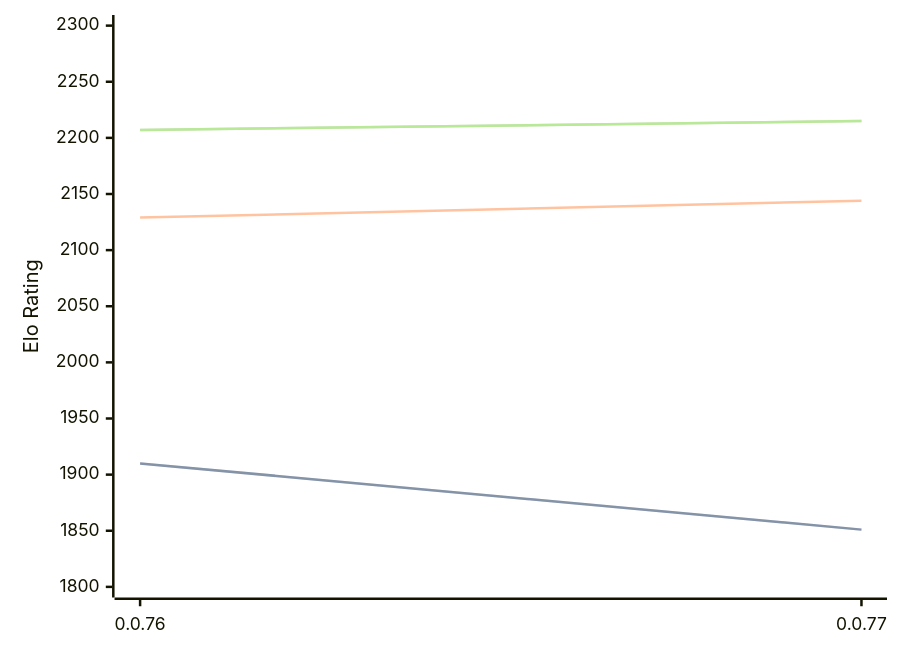
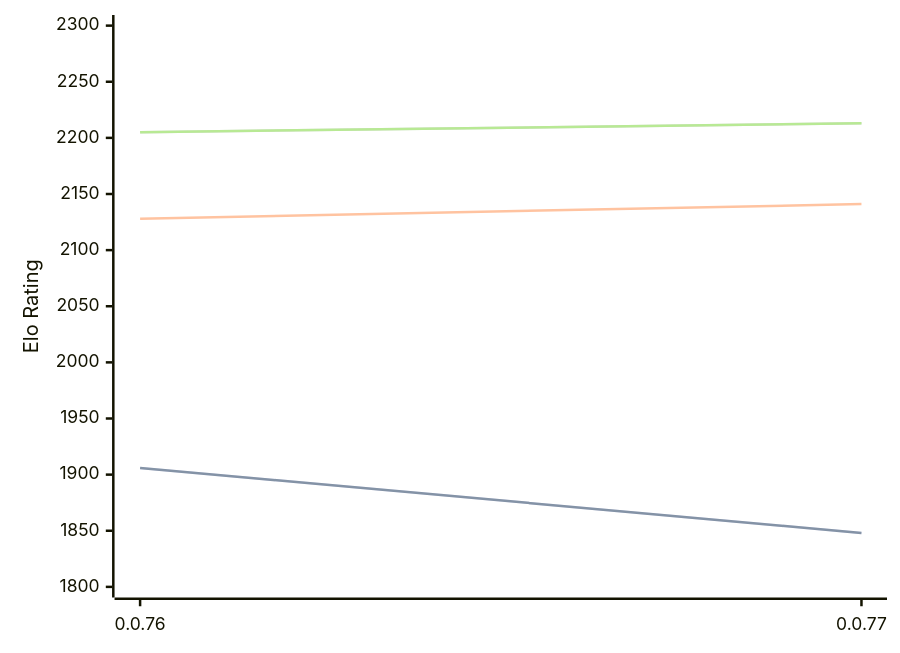
One commit to computer-chess-index/cci changed the diagram in engines/Fktb.md. Above: the diagram before and after it, drawn with Mermaid. The commit also changed other lines of this file, not shown here.

Commit message:
Update CCI Ratings (ELO VLTC) - 2026-06-08

````diff
--- a/engines/Fktb.md
+++ b/engines/Fktb.md
@@ -32,11 +32,11 @@
 ```mermaid
 %%{init: {"theme":"base","themeVariables":{"seriesColors:['#a3a3a3','#222221','#faa371']}}}%%
 xychart-beta
   x-axis ["0.0.76", "0.0.77"]
   y-axis "Elo Rating" 1800 --> 2300
-  line "STC (8.0+0.08s)" [1910, 1851]
-  line "STC (8.0+0.08s)" [1910, 1851]
-  line "LTC (60.0+0.60s)" [2129, 2144]
-  line "VLTC (2m24s+1.12s)" [2207, 2215]
-  line "VLTC (2m24s+1.12s)" [2207, 2215]
+  line "STC (8.0+0.08s)" [1906, 1848]
+  line "STC (8.0+0.08s)" [1906, 1848]
+  line "LTC (60.0+0.60s)" [2128, 2141]
+  line "VLTC (2m24s+1.12s)" [2205, 2213]
+  line "VLTC (2m24s+1.12s)" [2205, 2213]
 ```
````
